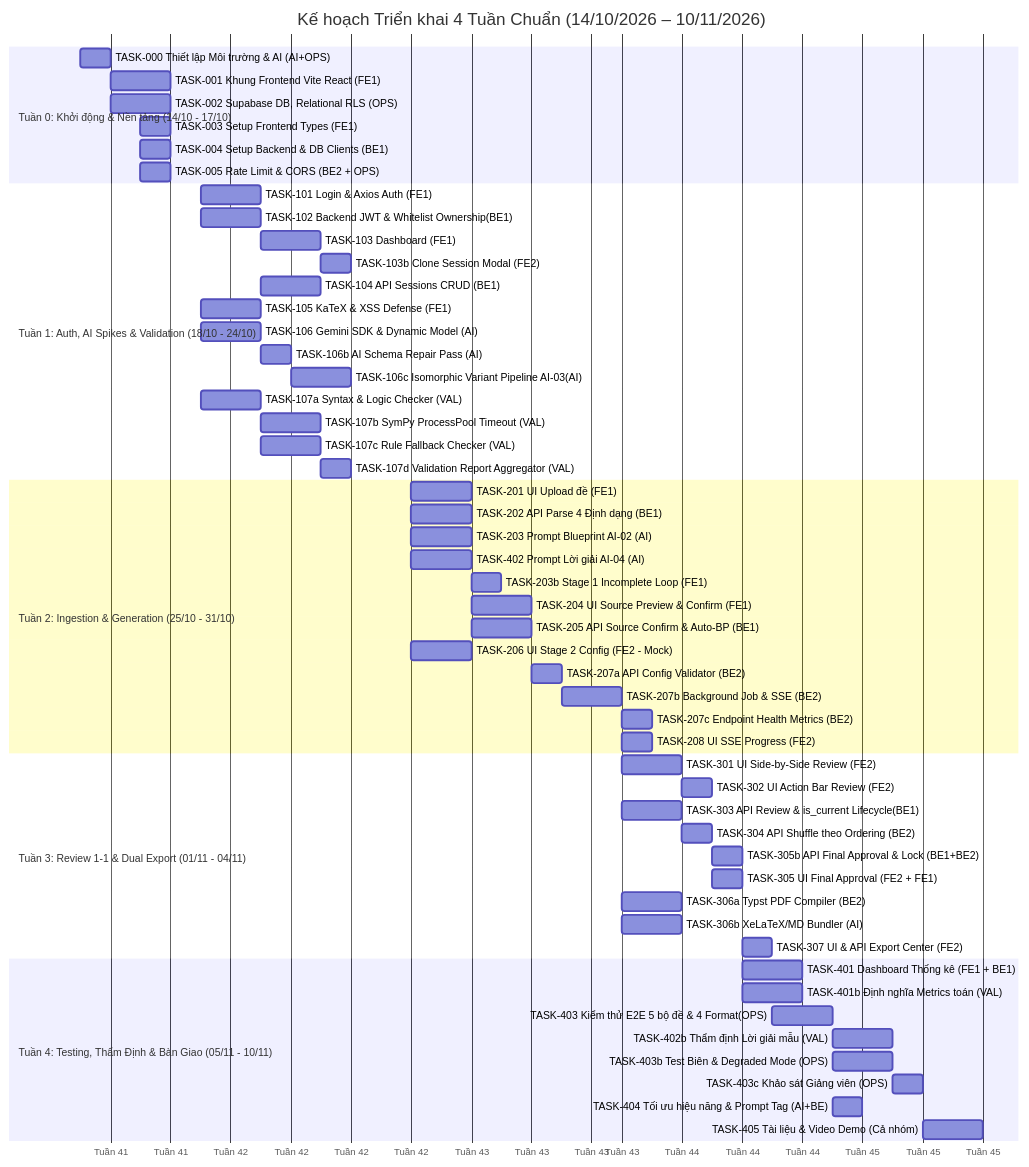
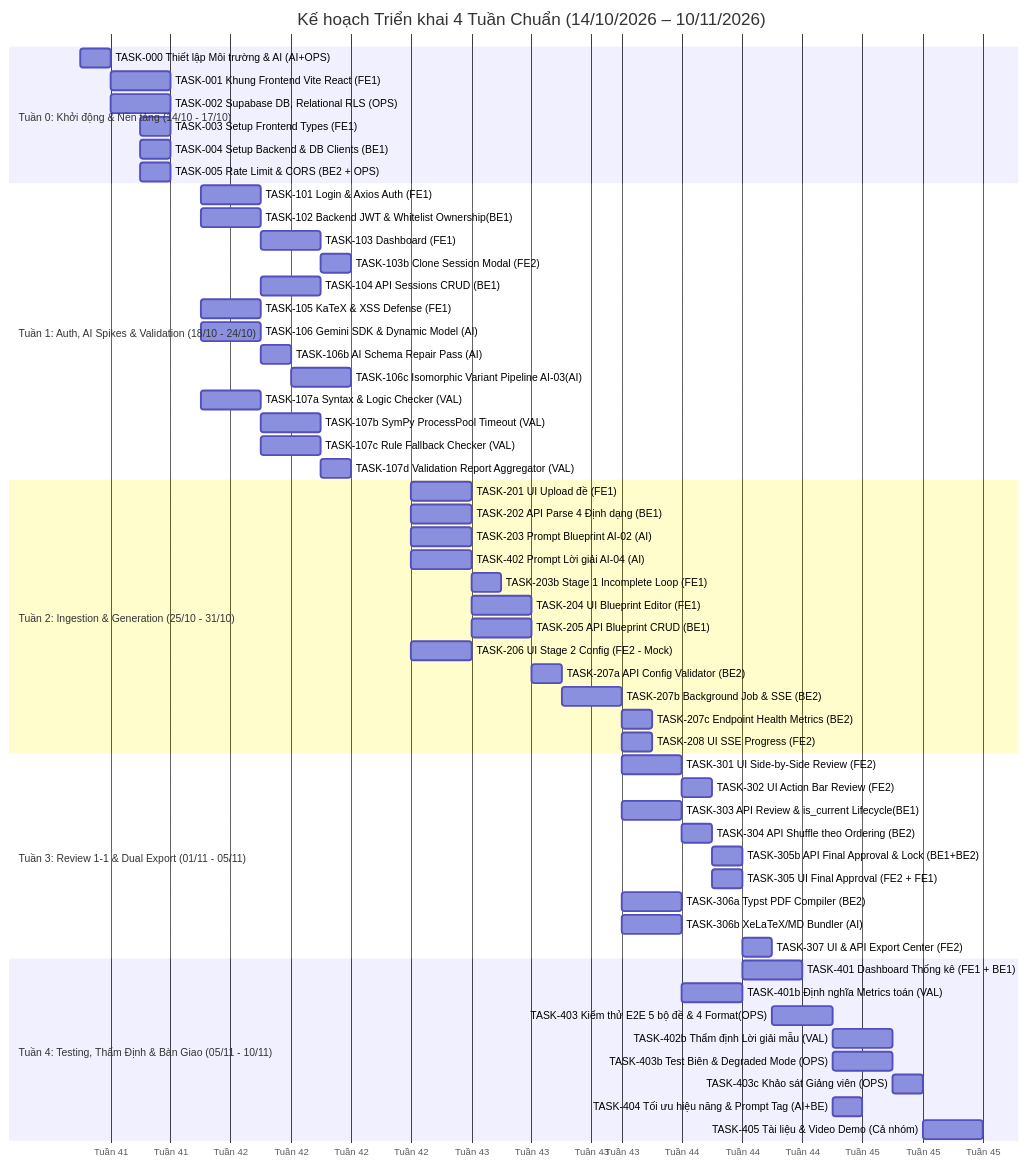
The diagram in docs/planning.md (Computational-Thinking-Project/isomorphic-exam-synthesizer), drawn with Mermaid before and after one commit. The commit also changed other lines of this file and 8 other files, not shown here.

````diff
--- a/docs/planning.md
+++ b/docs/planning.md
@@ -1368,64 +1227,64 @@
 ```mermaid
 gantt
     title Kế hoạch Triển khai 4 Tuần Chuẩn (14/10/2026 – 10/11/2026)
     dateFormat  YYYY-MM-DD
     axisFormat  Tuần %W
 
     section Tuần 0: Khởi động & Nền tảng (14/10 - 17/10)
     TASK-000 Thiết lập Môi trường & AI (AI+OPS)  :t000, 2026-10-14, 1d
     TASK-001 Khung Frontend Vite React (FE1)     :t001, 2026-10-15, 2d
     TASK-002 Supabase DB, Relational RLS (OPS)   :t002, 2026-10-15, 2d
     TASK-003 Setup Frontend Types (FE1)          :t003, 2026-10-16, 1d
     TASK-004 Setup Backend & DB Clients (BE1)    :t004, 2026-10-16, 1d
     TASK-005 Rate Limit & CORS (BE2 + OPS)       :t005, 2026-10-16, 1d
 
     section Tuần 1: Auth, AI Spikes & Validation (18/10 - 24/10)
     TASK-101 Login & Axios Auth (FE1)            :t101, 2026-10-18, 2d
     TASK-102 Backend JWT & Whitelist Ownership(BE1):t102, 2026-10-18, 2d
     TASK-103 Dashboard (FE1)                     :t103, after t101, 2d
     TASK-103b Clone Session Modal (FE2)          :t103b, after t103, 1d
     TASK-104 API Sessions CRUD (BE1)             :t104, after t102, 2d
     TASK-105 KaTeX & XSS Defense (FE1)           :t105, 2026-10-18, 2d
     TASK-106 Gemini SDK & Dynamic Model (AI)     :t106, 2026-10-18, 2d
     TASK-106b AI Schema Repair Pass (AI)         :t106b, after t106, 1d
     TASK-106c Isomorphic Variant Pipeline AI-03(AI):t106c, after t106b, 2d
     TASK-107a Syntax & Logic Checker (VAL)       :t107a, 2026-10-18, 2d
     TASK-107b SymPy ProcessPool Timeout (VAL)    :t107b, after t107a, 2d
     TASK-107c Rule Fallback Checker (VAL)        :t107c, after t107a, 2d
     TASK-107d Validation Report Aggregator (VAL) :t107d, after t107b t107c, 1d
 
     section Tuần 2: Ingestion & Generation (25/10 - 31/10)
     TASK-201 UI Upload đề (FE1)                  :t201, 2026-10-25, 2d
     TASK-202 API Parse 4 Định dạng (BE1)         :t202, 2026-10-25, 2d
     TASK-203 Prompt Blueprint AI-02 (AI)         :t203, 2026-10-25, 2d
     TASK-402 Prompt Lời giải AI-04 (AI)          :t402, 2026-10-25, 2d
     TASK-203b Stage 1 Incomplete Loop (FE1)      :t203b, after t201 t202, 1d
-    TASK-204 UI Source Preview & Confirm (FE1)   :t204, after t201 t203, 2d
-    TASK-205 API Source Confirm & Auto-BP (BE1)  :t205, after t202 t203, 2d
+    TASK-204 UI Blueprint Editor (FE1)           :t204, after t201 t203, 2d
+    TASK-205 API Blueprint CRUD (BE1)            :t205, after t202 t203, 2d
     TASK-206 UI Stage 2 Config (FE2 - Mock)      :t206, 2026-10-25, 2d
     TASK-207a API Config Validator (BE2)         :t207a, after t205, 1d
     TASK-207b Background Job & SSE (BE2)         :t207b, after t106c t107d t207a t402, 2d
     TASK-207c Endpoint Health Metrics (BE2)      :t207c, after t207b, 1d
     TASK-208 UI SSE Progress (FE2)               :t208, after t206 t207b, 1d
 
-    section Tuần 3: Review 1-1 & Dual Export (01/11 - 04/11)
+    section Tuần 3: Review 1-1 & Dual Export (01/11 - 05/11)
     TASK-301 UI Side-by-Side Review (FE2)        :t301, 2026-11-01, 2d
     TASK-302 UI Action Bar Review (FE2)          :t302, after t301, 1d
     TASK-303 API Review & is_current Lifecycle(BE1):t303, 2026-11-01, 2d
     TASK-304 API Shuffle theo Ordering (BE2)     :t304, after t303, 1d
     TASK-305b API Final Approval & Lock (BE1+BE2):t305b, after t304, 1d
     TASK-305 UI Final Approval (FE2 + FE1)       :t305, after t302 t304, 1d
     TASK-306a Typst PDF Compiler (BE2)           :t306a, 2026-11-01, 2d
     TASK-306b XeLaTeX/MD Bundler (AI)            :t306b, 2026-11-01, 2d
     TASK-307 UI & API Export Center (FE2)        :t307, after t305 t305b t306a t306b, 1d
 
     section Tuần 4: Testing, Thẩm Định & Bàn Giao (05/11 - 10/11)
     TASK-401 Dashboard Thống kê (FE1 + BE1)      :t401, 2026-11-05, 2d
-    TASK-401b Định nghĩa Metrics toán (VAL)      :t401b, 2026-11-05, 2d
+    TASK-401b Định nghĩa Metrics toán (VAL)      :t401b, 2026-11-03, 2d
     TASK-403 Kiểm thử E2E 5 bộ đề & 4 Format(OPS):t403, after t307, 2d
     TASK-402b Thẩm định Lời giải mẫu (VAL)       :t402b, after t403, 2d
     TASK-403b Test Biên & Degraded Mode (OPS)    :t403b, after t403, 2d
     TASK-403c Khảo sát Giảng viên (OPS)          :t403c, after t403b, 1d
     TASK-404 Tối ưu hiệu năng & Prompt Tag (AI+BE):t404, after t403, 1d
     TASK-405 Tài liệu & Video Demo (Cả nhóm)     :t405, after t402b t403c t404, 2d
 ```
````
